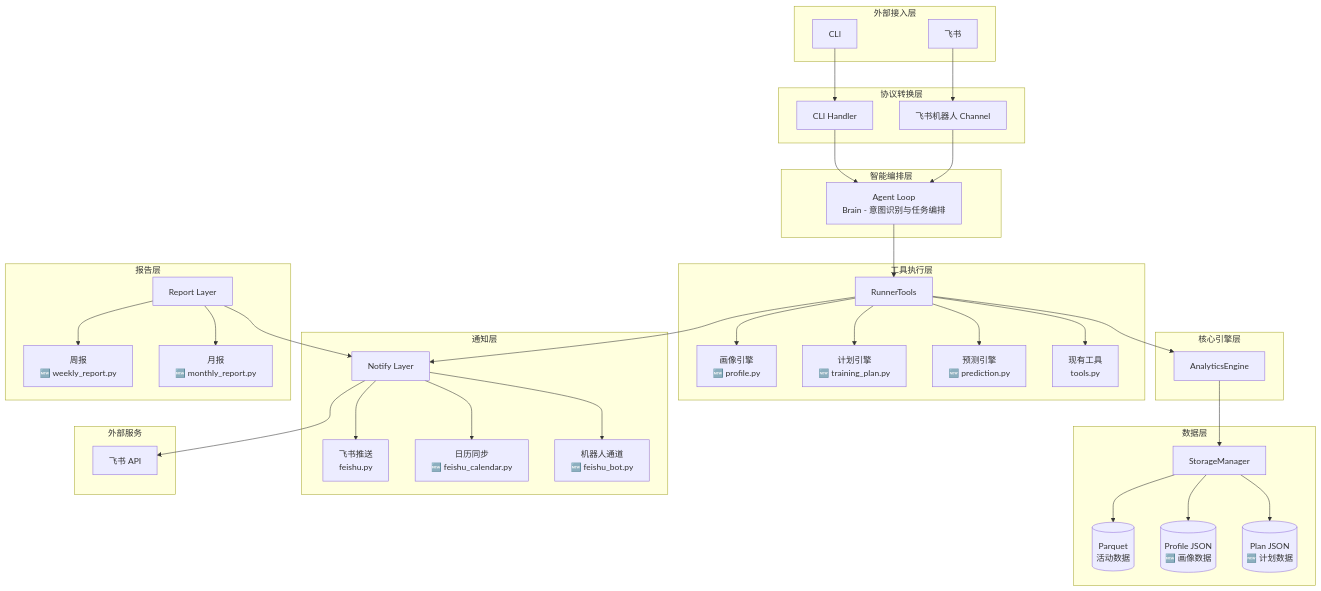
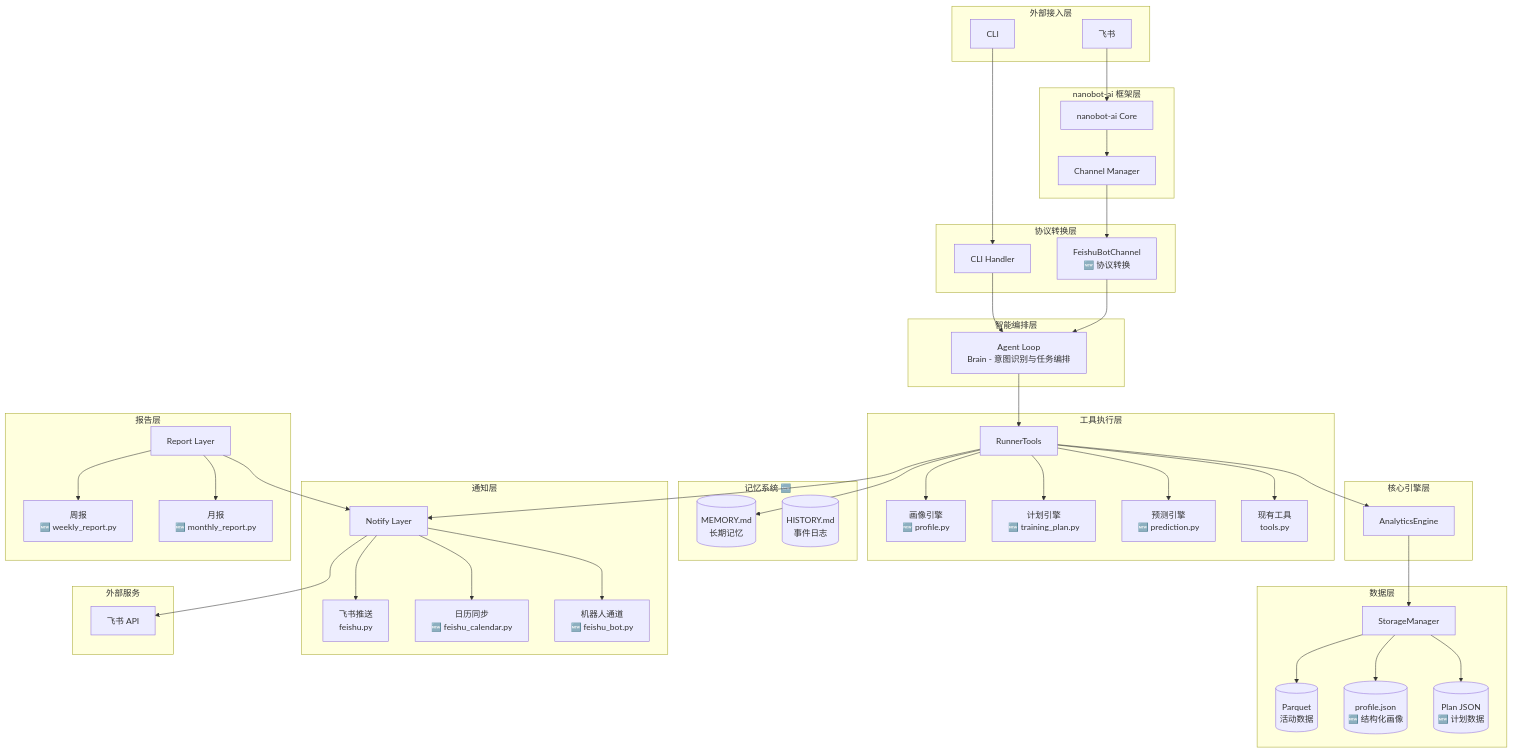
The first of 7 diagrams in docs/architecture/0.4.0/迭代架构设计说明书.md (yecllsl/nanobot-runner), drawn with Mermaid before and after one commit. The commit also changed other lines of this file and 14 other files, not shown here.

````diff
--- a/docs/architecture/0.4.0/迭代架构设计说明书.md
+++ b/docs/architecture/0.4.0/迭代架构设计说明书.md
@@ -121,63 +121,76 @@
 ```mermaid
 graph TD
     subgraph 外部接入层
         A[CLI]
         C[飞书]
     end
     
+    subgraph "nanobot-ai 框架层"
+        Core[nanobot-ai Core]
+        ChannelMgr[Channel Manager]
+    end
+    
     subgraph 协议转换层
         B[CLI Handler]
-        D[飞书机器人 Channel]
+        D[FeishuBotChannel<br/>🆕 协议转换]
     end
     
     subgraph 智能编排层
         Agent[Agent Loop<br/>Brain - 意图识别与任务编排]
     end
     
     subgraph 工具执行层
         Tools[RunnerTools]
         Tools --> F[画像引擎<br/>🆕 profile.py]
         Tools --> G[计划引擎<br/>🆕 training_plan.py]
         Tools --> H[预测引擎<br/>🆕 prediction.py]
         Tools --> I[现有工具<br/>tools.py]
     end
     
     subgraph 核心引擎层
         Analytics[AnalyticsEngine]
     end
     
     subgraph 数据层
         Storage[StorageManager]
         Storage --> K[(Parquet<br/>活动数据)]
-        Storage --> L[(Profile JSON<br/>🆕 画像数据)]
+        Storage --> L[(profile.json<br/>🆕 结构化画像)]
         Storage --> M[(Plan JSON<br/>🆕 计划数据)]
+    end
+    
+    subgraph "记忆系统 🆕"
+        Memory[(MEMORY.md<br/>长期记忆)]
+        History[(HISTORY.md<br/>事件日志)]
     end
     
     subgraph 通知层
         Notify[Notify Layer]
         Notify --> N[飞书推送<br/>feishu.py]
         Notify --> O[日历同步<br/>🆕 feishu_calendar.py]
         Notify --> P[机器人通道<br/>🆕 feishu_bot.py]
     end
     
     subgraph 报告层
         Report[Report Layer]
         Report --> Q[周报<br/>🆕 weekly_report.py]
         Report --> R[月报<br/>🆕 monthly_report.py]
     end
     
     subgraph 外部服务
         S[飞书 API]
     end
     
     A --> B
-    C --> D
+    C --> Core
+    Core --> ChannelMgr
+    ChannelMgr --> D
     B --> Agent
     D --> Agent
     Agent --> Tools
     Tools --> Analytics
     Analytics --> Storage
+    Tools --> Memory
     Tools --> Notify
     Notify --> S
     Report --> Notify
 ```
````
